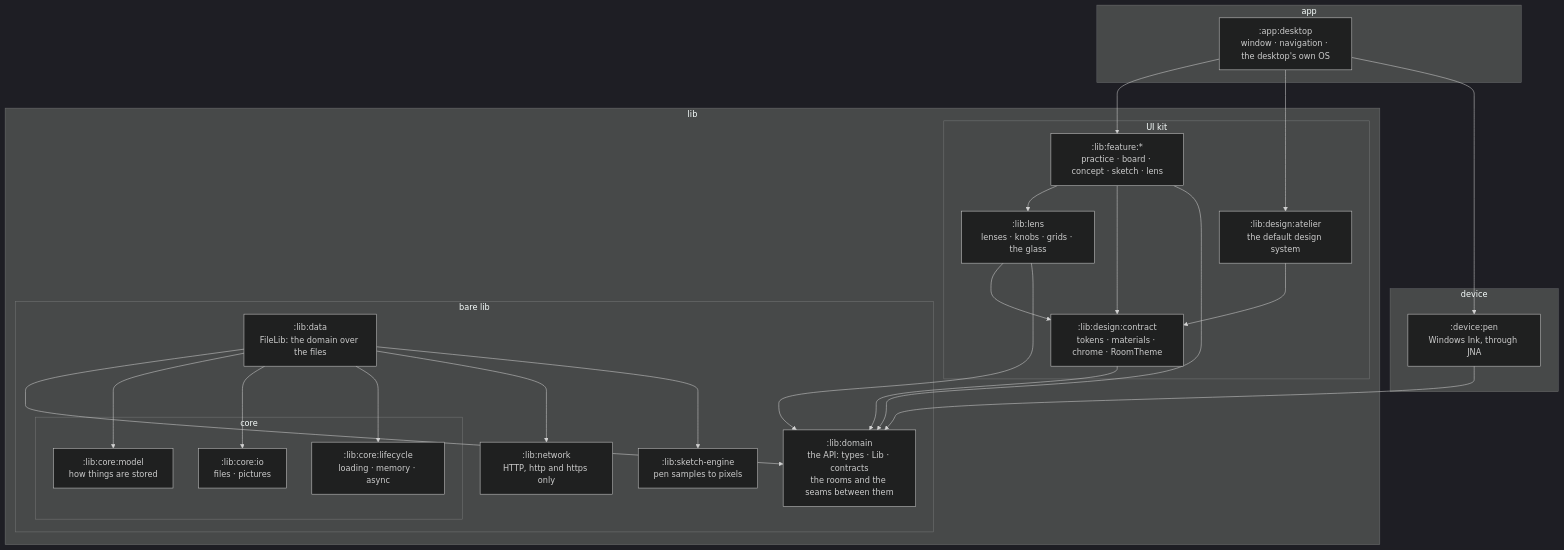
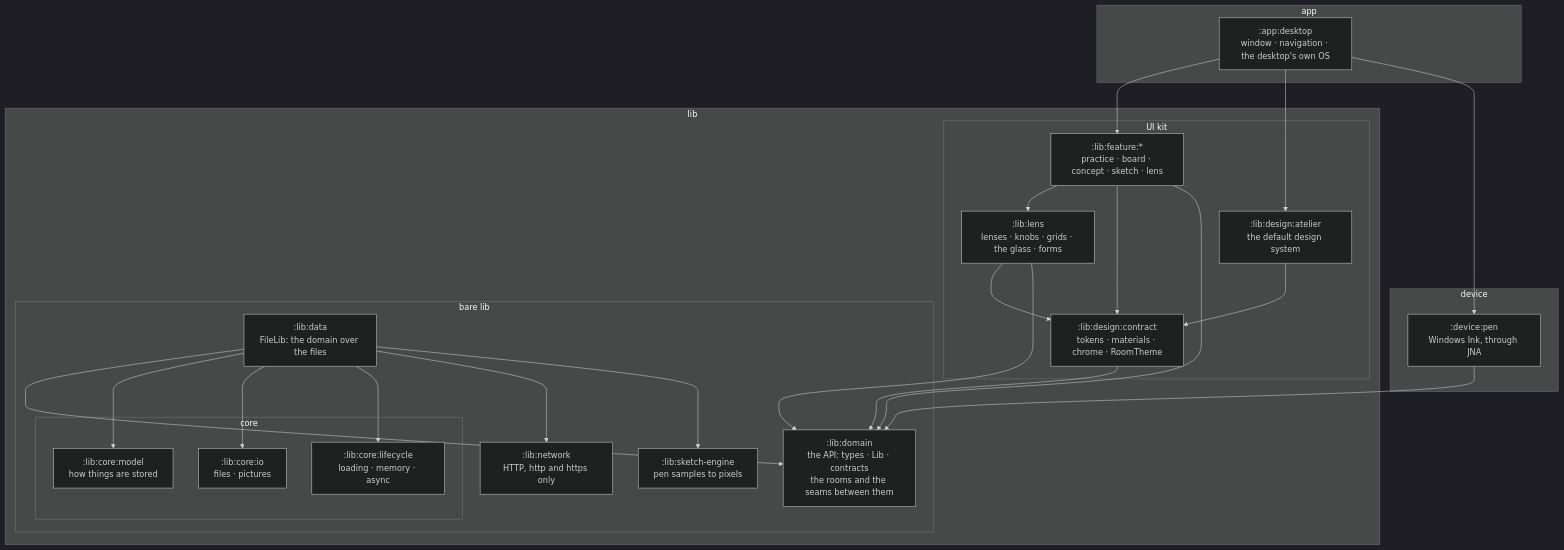
Before and after one commit to cwellm/ActionDraw: the first of 2 diagrams in docs/Architecture.md, drawn with Mermaid (dark theme). The commit also changed other lines of this file and 16 other files, not shown here.

````diff
--- a/docs/Architecture.md
+++ b/docs/Architecture.md
@@ -18,45 +18,45 @@
 ```mermaid
 flowchart TB
   subgraph APP["app"]
     desktop[":app:desktop<br/>window · navigation · the desktop's own OS"]
   end
   subgraph DEVICE["device"]
     pen[":device:pen<br/>Windows Ink, through JNA"]
   end
   subgraph LIB["lib"]
     subgraph UI["UI kit"]
       features[":lib:feature:*<br/>practice · board · concept · sketch · lens"]
-      lens[":lib:lens<br/>lenses · knobs · grids · the glass"]
+      lens[":lib:lens<br/>lenses · knobs · grids · the glass · forms"]
       atelier[":lib:design:atelier<br/>the default design system"]
       contract[":lib:design:contract<br/>tokens · materials · chrome · RoomTheme"]
     end
     subgraph BARE["bare lib"]
       data[":lib:data<br/>FileLib: the domain over the files"]
       domain[":lib:domain<br/>the API: types · Lib · contracts<br/>the rooms and the seams between them"]
       network[":lib:network<br/>HTTP, http and https only"]
       engine[":lib:sketch-engine<br/>pen samples to pixels"]
       subgraph CORE["core"]
         model[":lib:core:model<br/>how things are stored"]
         io[":lib:core:io<br/>files · pictures"]
         lifecycle[":lib:core:lifecycle<br/>loading · memory · async"]
       end
     end
   end
   desktop --> features
   desktop --> atelier
   desktop --> pen
   pen --> domain
   features --> lens
   features --> contract
   features --> domain
   lens --> contract
   lens --> domain
   atelier --> contract
   contract --> domain
   data --> domain
   data --> model
   data --> io
   data --> lifecycle
   data --> network
   data --> engine
 ```
````
